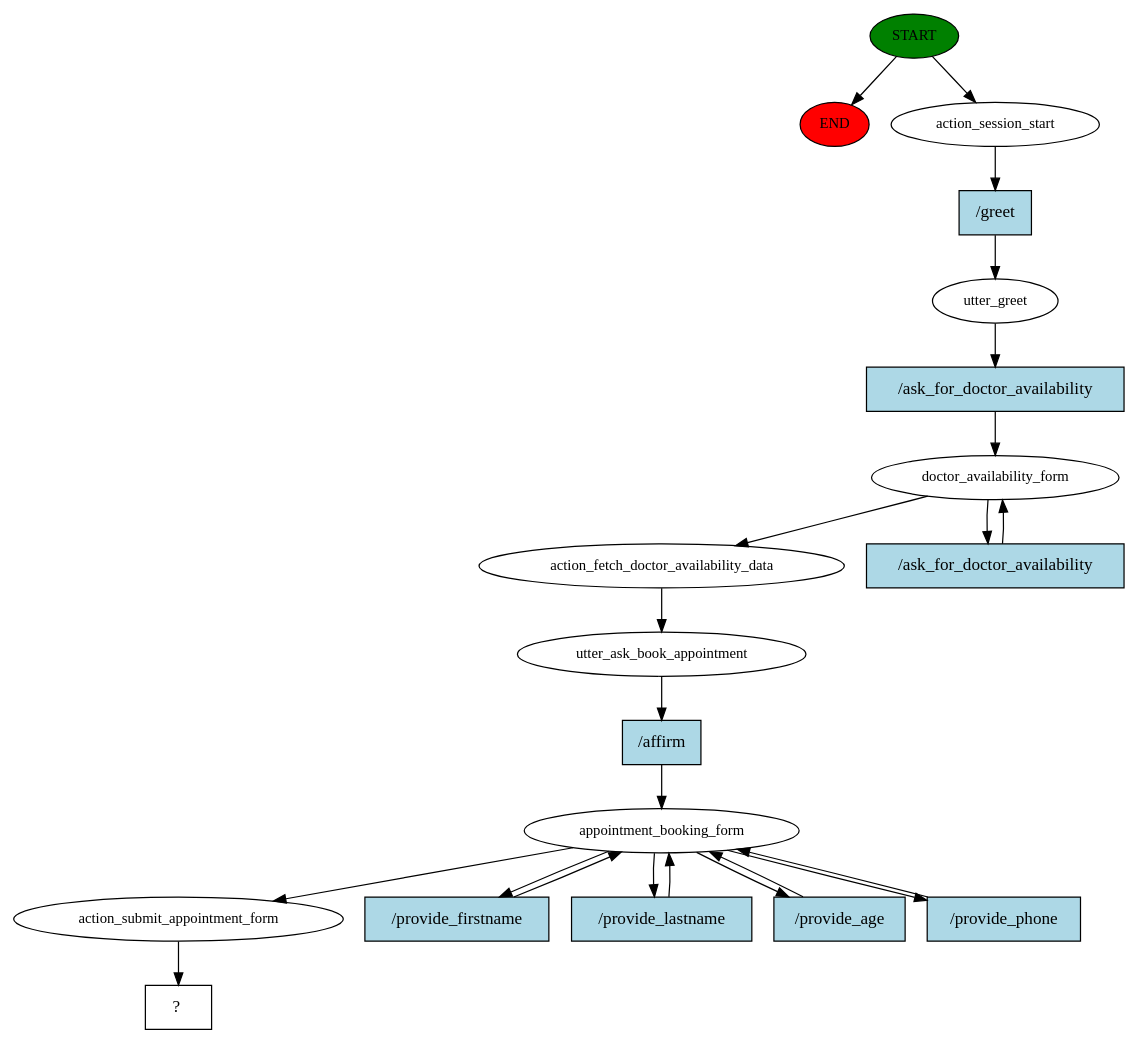
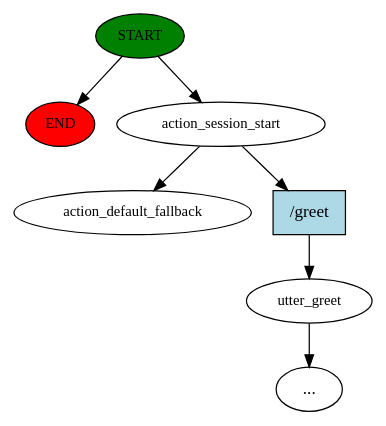
One commit to jathushan-r/MediCareBuddy changed the diagram in story_graph.dot. Above: the diagram before and after it, drawn with Graphviz. The commit also changed 13 other files, not shown here.

Commit message:
Conversation flow fixed

```diff
--- a/story_graph.dot
+++ b/story_graph.dot
@@ -1,42 +1,15 @@
 digraph  {
 0 [class="start active", fillcolor=green, fontsize=12, label=START, style=filled];
 "-1" [class=end, fillcolor=red, fontsize=12, label=END, style=filled];
 1 [class=active, fontsize=12, label=action_session_start];
-2 [class=active, fontsize=12, label=utter_greet];
-3 [class=active, fontsize=12, label=doctor_availability_form];
-5 [class=active, fontsize=12, label=action_fetch_doctor_availability_data];
-6 [class=active, fontsize=12, label=utter_ask_book_appointment];
-7 [class=active, fontsize=12, label=appointment_booking_form];
-13 [class=active, fontsize=12, label=action_submit_appointment_form];
-14 [class="intent dashed active", label="  ?  ", shape=rect];
-15 [class="intent active", fillcolor=lightblue, label="/greet", shape=rect, style=filled];
-16 [class="intent active", fillcolor=lightblue, label="/ask_for_doctor_availability", shape=rect, style=filled];
-17 [class="intent active", fillcolor=lightblue, label="/ask_for_doctor_availability", shape=rect, style=filled];
-18 [class="intent active", fillcolor=lightblue, label="/affirm", shape=rect, style=filled];
-19 [class="intent active", fillcolor=lightblue, label="/provide_firstname", shape=rect, style=filled];
-20 [class="intent active", fillcolor=lightblue, label="/provide_lastname", shape=rect, style=filled];
-21 [class="intent active", fillcolor=lightblue, label="/provide_age", shape=rect, style=filled];
-22 [class="intent active", fillcolor=lightblue, label="/provide_phone", shape=rect, style=filled];
+2 [class="", fontsize=12, label=utter_greet];
+"-3" [class=ellipsis, label="..."];
+4 [class="dashed active", fontsize=12, label=action_default_fallback];
+5 [class=intent, fillcolor=lightblue, label="/greet", shape=rect, style=filled];
 0 -> "-1"  [class="", key=NONE, label=""];
 0 -> 1  [class=active, key=NONE, label=""];
-1 -> 15  [class=active, key=0];
-2 -> 16  [class=active, key=0];
-3 -> 5  [class=active, key=NONE, label=""];
-3 -> 17  [class=active, key=0];
-5 -> 6  [class=active, key=NONE, label=""];
-6 -> 18  [class=active, key=0];
-7 -> 13  [class=active, key=NONE, label=""];
-7 -> 19  [class=active, key=0];
-7 -> 20  [class=active, key=0];
-7 -> 21  [class=active, key=0];
-7 -> 22  [class=active, key=0];
-13 -> 14  [class=active, key=NONE, label=""];
-15 -> 2  [class=active, key=0];
-16 -> 3  [class=active, key=0];
-17 -> 3  [class=active, key=0];
-18 -> 7  [class=active, key=0];
-19 -> 7  [class=active, key=0];
-20 -> 7  [class=active, key=0];
-21 -> 7  [class=active, key=0];
-22 -> 7  [class=active, key=0];
+1 -> 4  [class=active, key=NONE, label=""];
+1 -> 5  [class="", key=0];
+2 -> "-3"  [class="", key=NONE, label=""];
+5 -> 2  [class="", key=0];
 }
```
